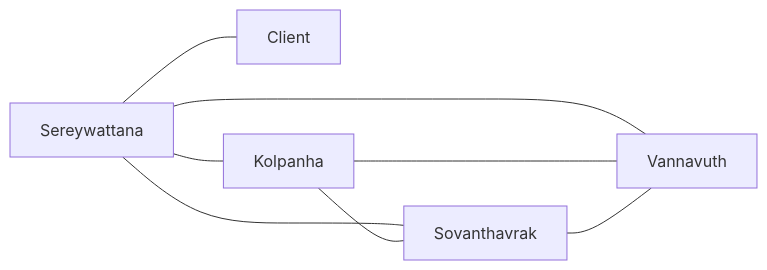
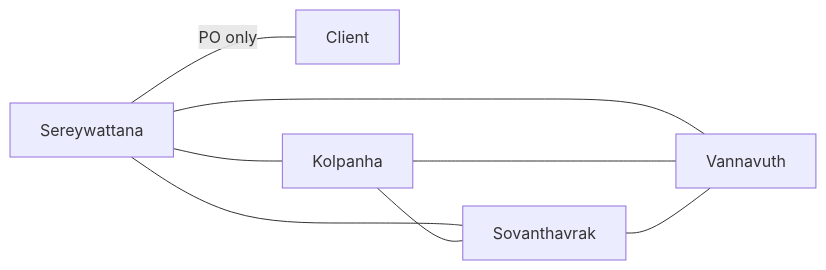
Before and after one commit to Chum-Sovanthavrak/clubhub-steavinmotion: the diagram in lab01/communication-overhead.md, drawn with Mermaid. The commit also changed other lines of this file, not shown here.

````diff
--- a/lab01/communication-overhead.md
+++ b/lab01/communication-overhead.md
@@ -12,10 +13,10 @@
 ```mermaid
 flowchart LR
-    Sereywattana --- Client 
+    Sereywattana ---|PO only| Client 
     Sereywattana --- Kolpanha
     Sereywattana --- Sovanthavrak
     Sereywattana --- Vannavuth
     Kolpanha --- Sovanthavrak
     Kolpanha --- Vannavuth
     Sovanthavrak --- Vannavuth
 ```
````
